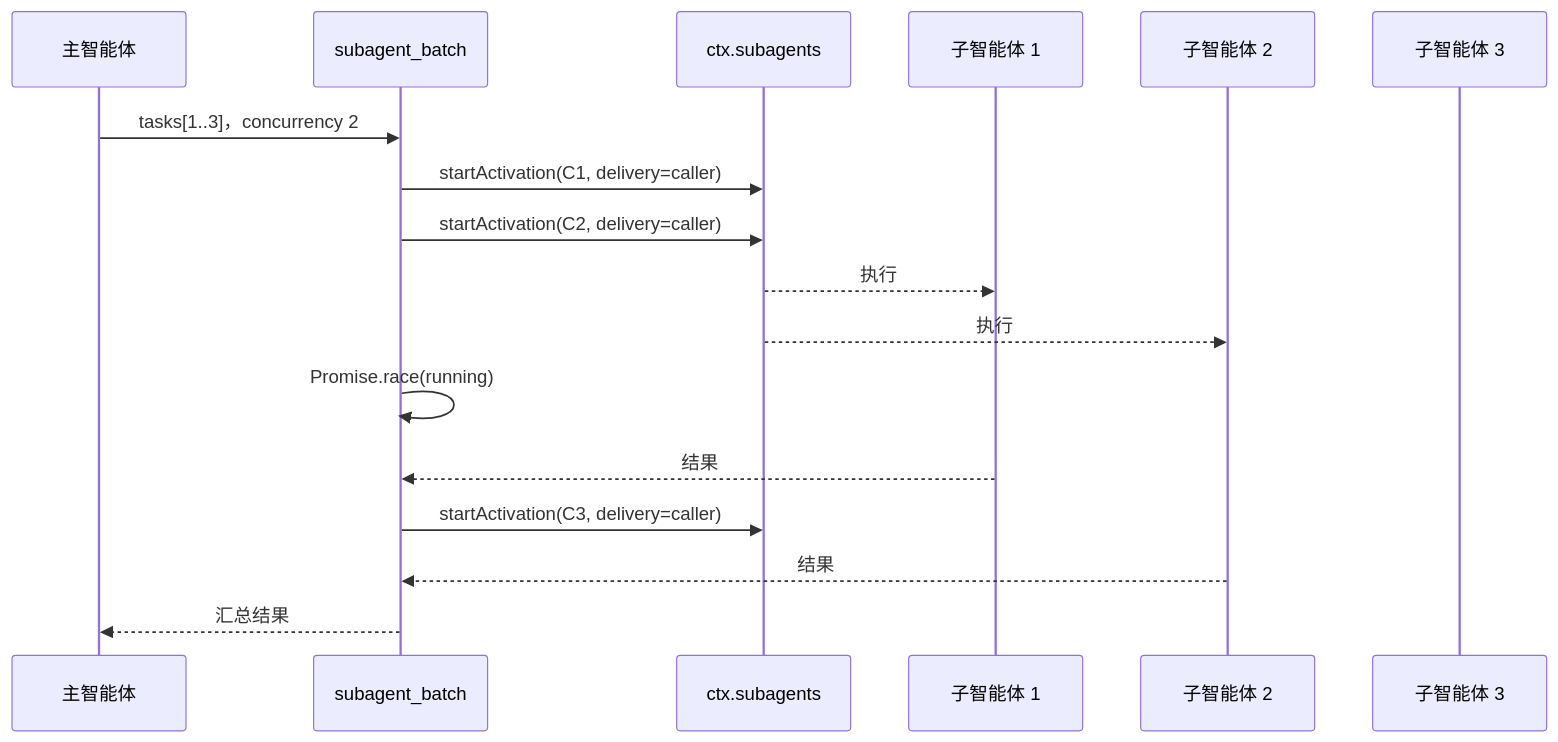
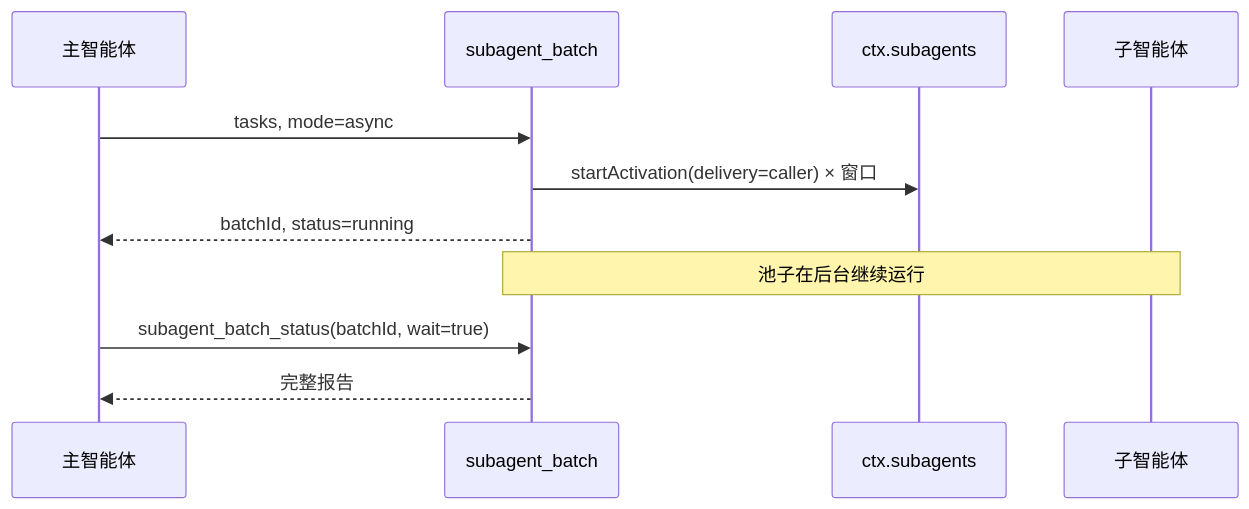
One commit to YixiangTang/dsh-tool-subagent-batch changed the second of 2 diagrams in README.zh.md. Above: the diagram before and after it, drawn with Mermaid. The commit also changed other lines of this file and 6 other files, not shown here.

Commit message:
feat: add async batch mode and status tool

````diff
--- a/README.zh.md
+++ b/README.zh.md
@@ -45,20 +95,14 @@
 ```mermaid
 sequenceDiagram
     participant M as 主智能体
     participant T as subagent_batch
     participant S as ctx.subagents
-    participant C1 as 子智能体 1
-    participant C2 as 子智能体 2
-    participant C3 as 子智能体 3
+    participant C as 子智能体
 
-    M->>T: tasks[1..3]，concurrency 2
-    T->>S: startActivation(C1, delivery=caller)
-    T->>S: startActivation(C2, delivery=caller)
-    S-->>C1: 执行
-    S-->>C2: 执行
-    T->>T: Promise.race(running)
-    C1-->>T: 结果
-    T->>S: startActivation(C3, delivery=caller)
-    C2-->>T: 结果
-    T-->>M: 汇总结果
+    M->>T: tasks, mode=async
+    T->>S: startActivation(delivery=caller) × 窗口
+    T-->>M: batchId, status=running
+    Note over T,C: 池子在后台继续运行
+    M->>T: subagent_batch_status(batchId, wait=true)
+    T-->>M: 完整报告
 ```
````
